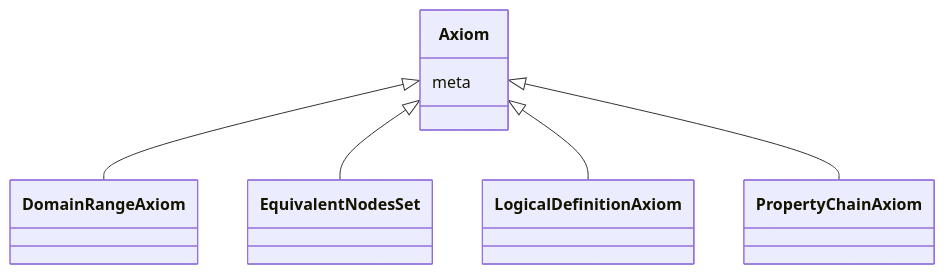
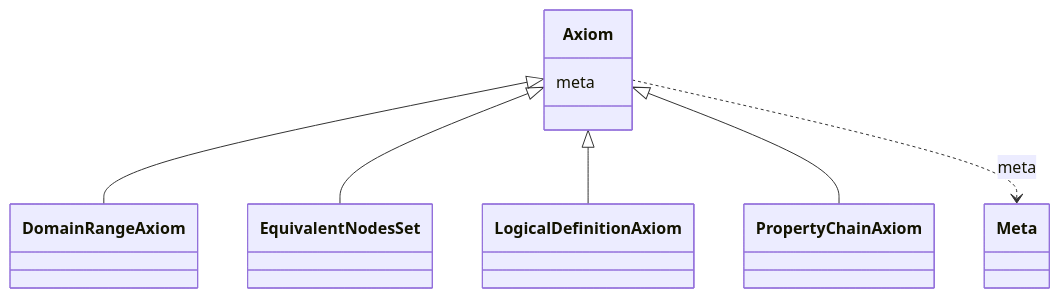
One commit to INCATools/ontology-access-kit changed the diagram in obograph/Axiom.md. Above: the diagram before and after it, drawn with Mermaid. The commit also changed 1783 other files, not shown here.

````diff
--- a/obograph/Axiom.md
+++ b/obograph/Axiom.md
@@ -14,11 +14,14 @@
 ```{mermaid}
  classDiagram
     class Axiom
       Axiom <|-- DomainRangeAxiom
       Axiom <|-- EquivalentNodesSet
       Axiom <|-- LogicalDefinitionAxiom
       Axiom <|-- PropertyChainAxiom
       
       Axiom : meta
+        
+          Axiom ..> Meta : meta
+        
       
 ```
````
